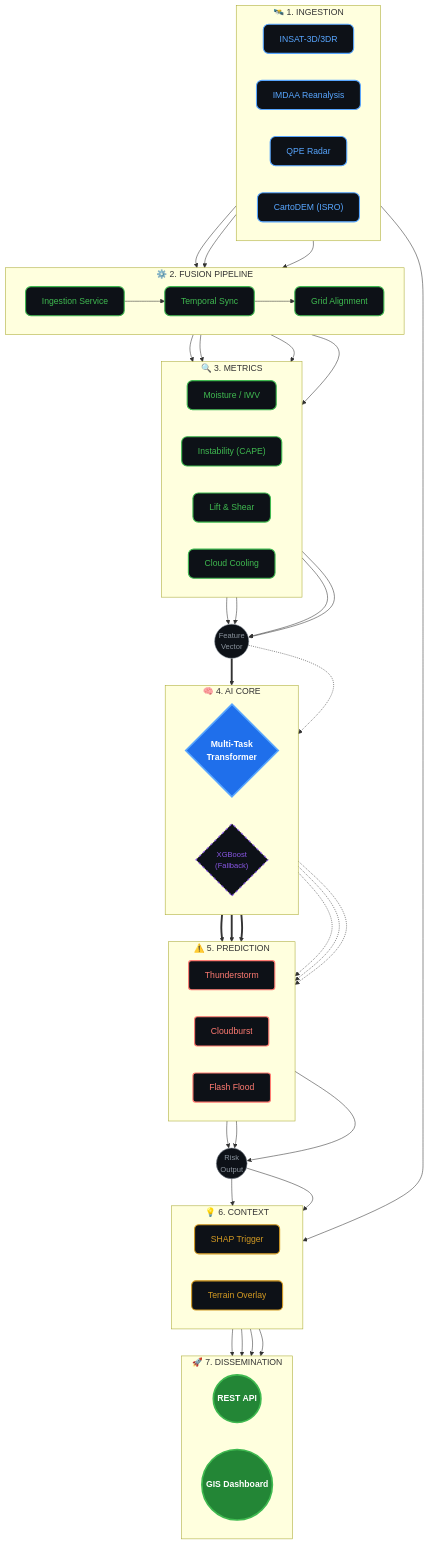
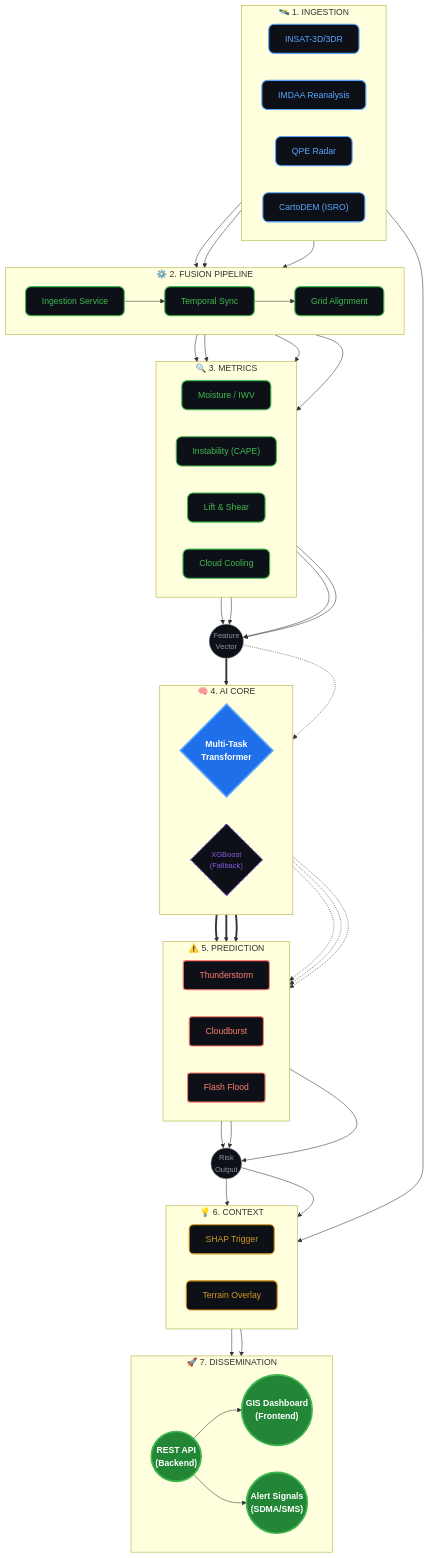
One commit to GhanshyamJha05/SIH26077 changed the diagram in docs/architecture.md. Above: the diagram before and after it, drawn with Mermaid. The commit also changed 1 other file, not shown here.

Commit message:
Fix architectural routing so REST API feeds both the GIS Dashboard and external Alert Signals

````diff
--- a/docs/architecture.md
+++ b/docs/architecture.md
@@ -69,8 +69,9 @@
 
     subgraph S7 ["🚀 7. DISSEMINATION"]
         direction LR
-        S(("REST API")):::action
-        T(("GIS Dashboard")):::action
+        S(("REST API\n(Backend)")):::action
+        T(("GIS Dashboard\n(Frontend)")):::action
+        U(("Alert Signals\n(SDMA/SMS)")):::action
     end
 
     A & B & C --> E
@@ -89,5 +90,6 @@
     PV --> Q & R
     D --> R
     
-    Q & R --> S & T
+    Q & R --> S
+    S --> T & U
 ```
````
